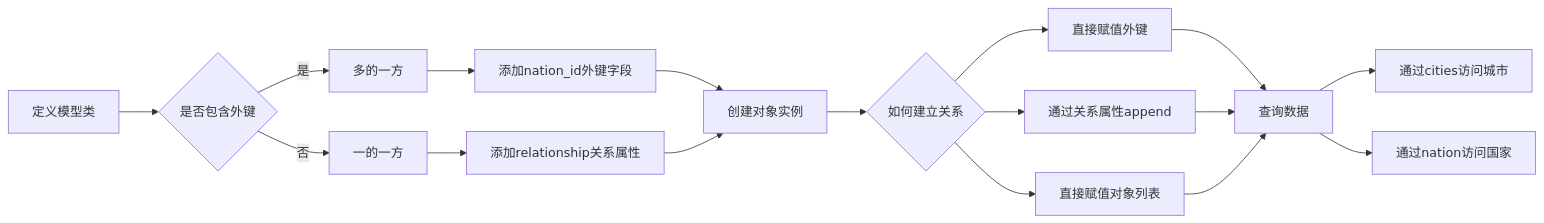
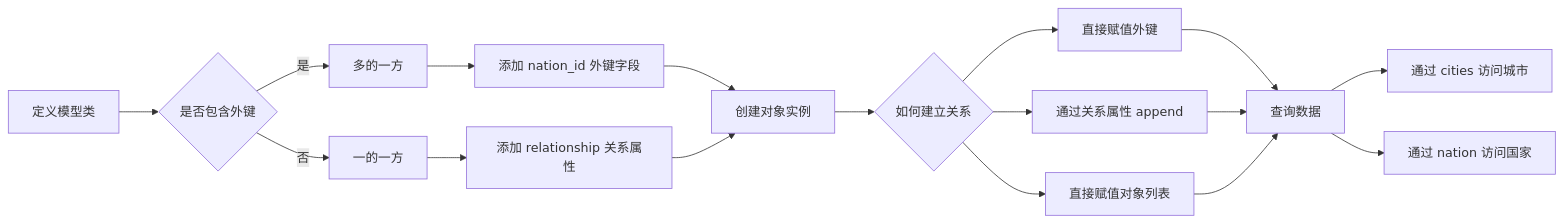
The diagram in docs/DB/SQLAlchemy一对多关系完整指南.md (MuyuQ/MuyuQ.github.io), drawn with Mermaid before and after one commit. The commit also changed other lines of this file and 38 other files, not shown here.

````diff
--- a/docs/DB/SQLAlchemy一对多关系完整指南.md
+++ b/docs/DB/SQLAlchemy一对多关系完整指南.md
@@ -320,19 +225,19 @@
 ```mermaid
 graph LR
     A[定义模型类] --> B{是否包含外键}
     B -->|是| C[多的一方]
     B -->|否| D[一的一方]
-    C --> E[添加nation_id外键字段]
-    D --> F[添加relationship关系属性]
+    C --> E[添加 nation_id 外键字段]
+    D --> F[添加 relationship 关系属性]
     E --> G[创建对象实例]
     F --> G
     G --> H{如何建立关系}
     H --> I[直接赋值外键]
-    H --> J[通过关系属性append]
+    H --> J[通过关系属性 append]
     H --> K[直接赋值对象列表]
     I --> L[查询数据]
     J --> L
     K --> L
-    L --> M[通过cities访问城市]
-    L --> N[通过nation访问国家]
+    L --> M[通过 cities 访问城市]
+    L --> N[通过 nation 访问国家]
 ```
````
